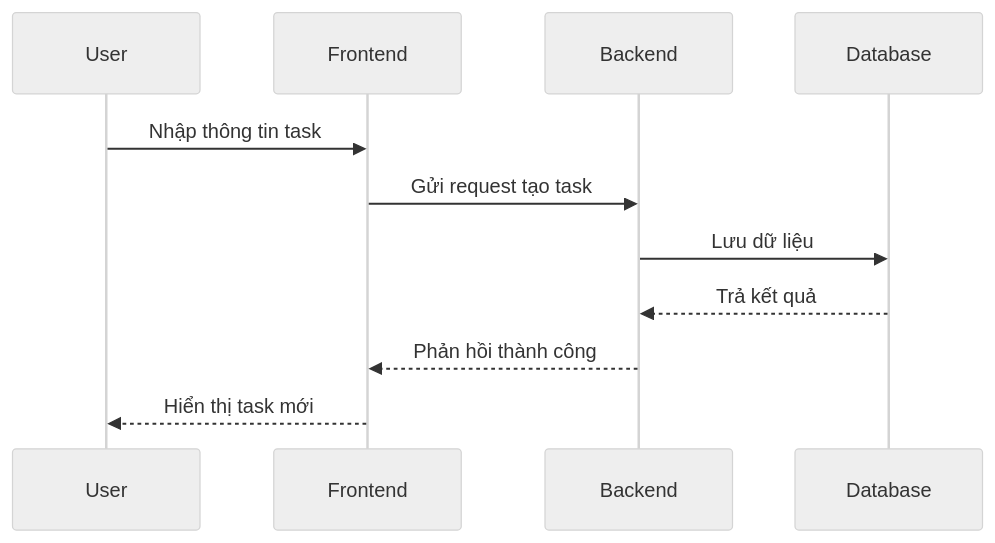
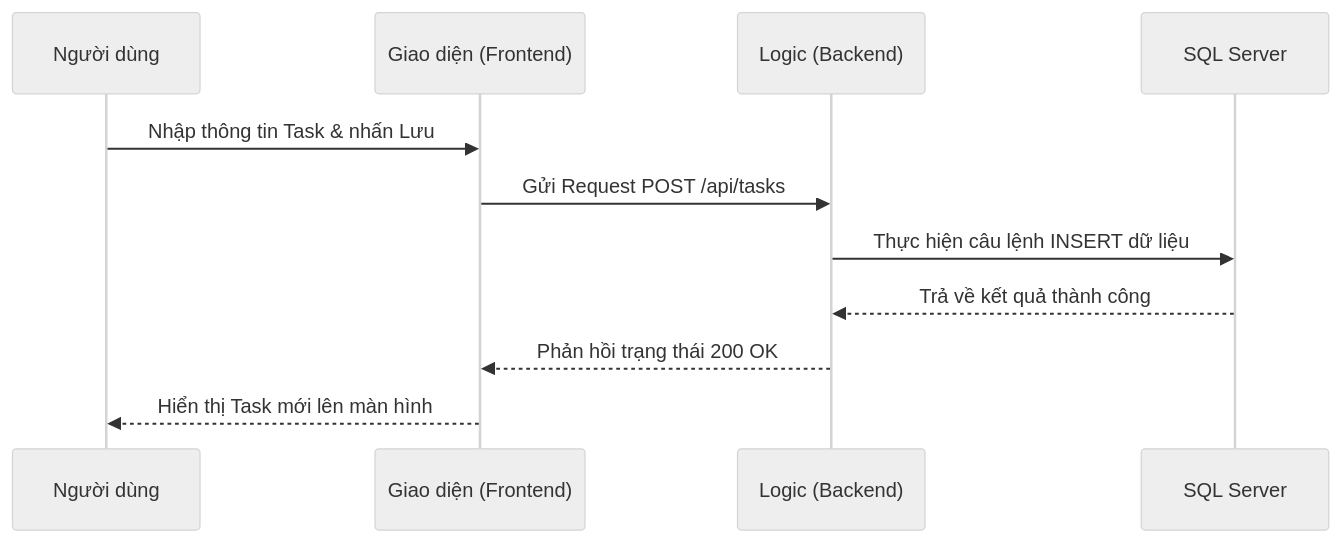
The third of 5 diagrams in ANALYSIS.md (anhngocto-prog/He-thong-quan-ly-va-theo-doi-tien-do-cong-viec-ca-nhan), drawn with Mermaid (neutral theme) before and after one commit. The commit also changed other lines of this file, not shown here.

````diff
--- a/ANALYSIS.md
+++ b/ANALYSIS.md
@@ -143,14 +128,14 @@
 ```mermaid
 sequenceDiagram
-    participant User
-    participant Frontend
-    participant Backend
-    participant Database
+    participant User as Người dùng
+    participant UI as Giao diện (Frontend)
+    participant API as Logic (Backend)
+    participant DB as SQL Server
 
-    User->>Frontend: Nhập thông tin task
-    Frontend->>Backend: Gửi request tạo task
-    Backend->>Database: Lưu dữ liệu
-    Database-->>Backend: Trả kết quả
-    Backend-->>Frontend: Phản hồi thành công
-    Frontend-->>User: Hiển thị task mới
+    User->>UI: Nhập thông tin Task & nhấn Lưu
+    UI->>API: Gửi Request POST /api/tasks
+    API->>DB: Thực hiện câu lệnh INSERT dữ liệu
+    DB-->>API: Trả về kết quả thành công
+    API-->>UI: Phản hồi trạng thái 200 OK
+    UI-->>User: Hiển thị Task mới lên màn hình
 ```
````
